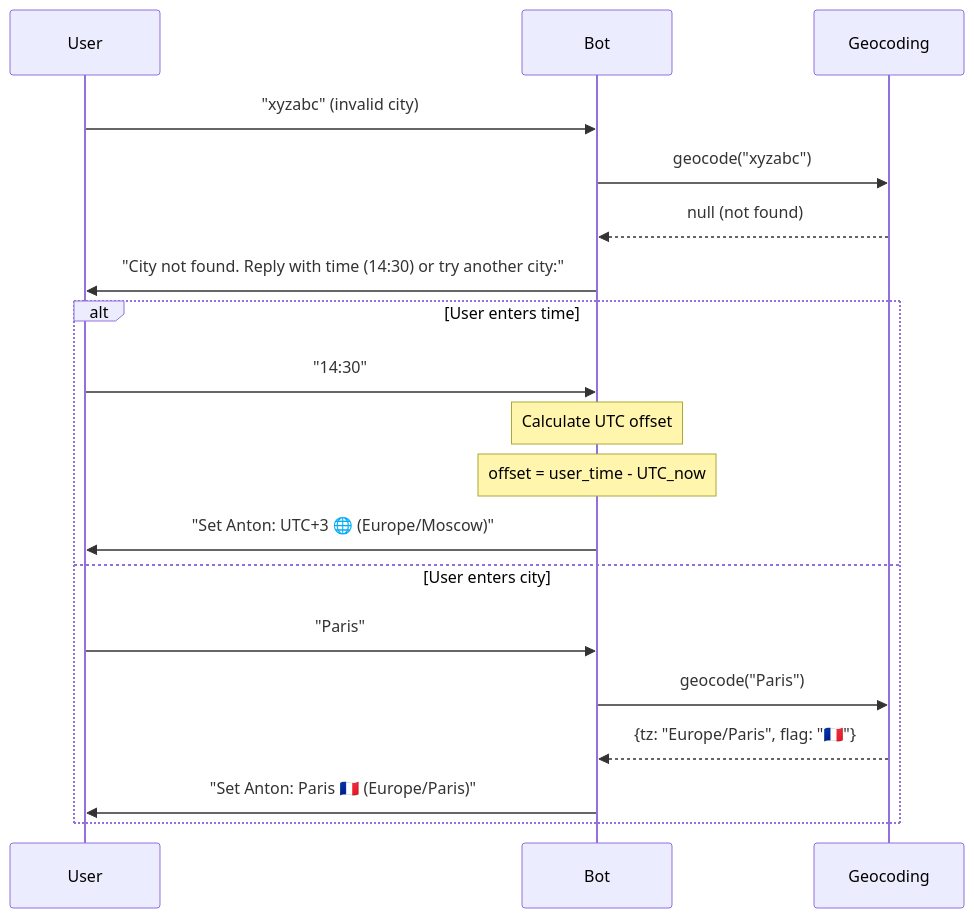
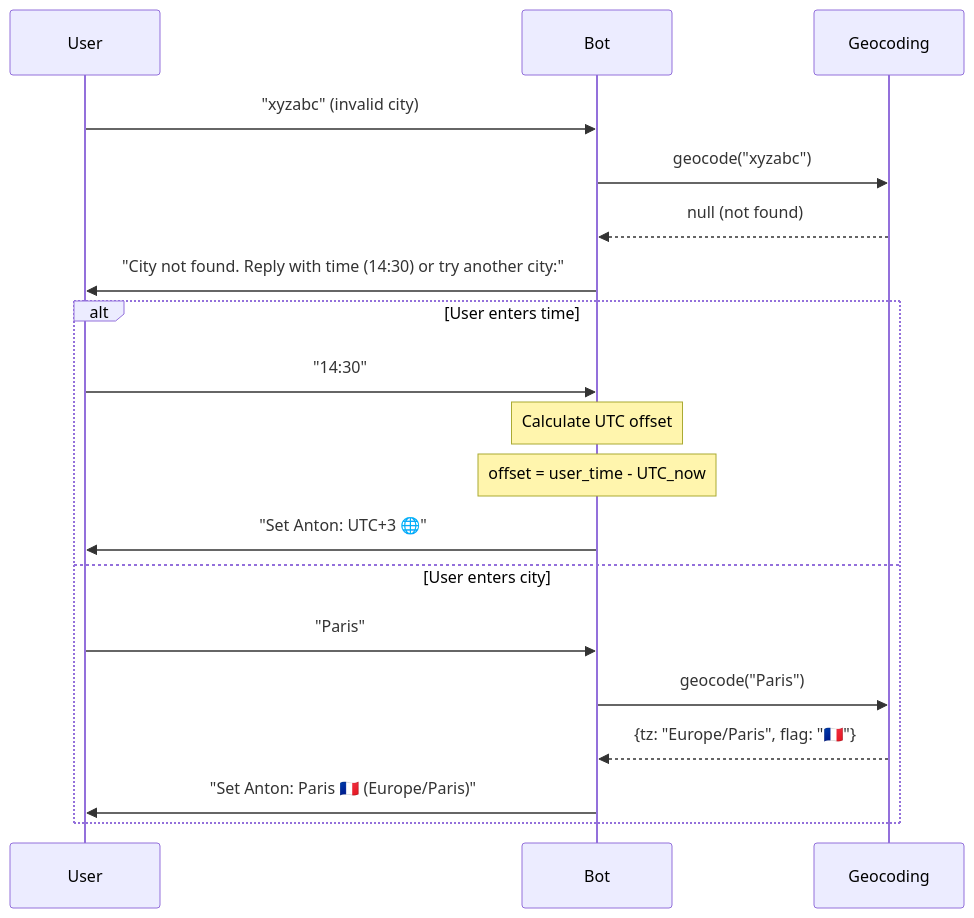
The third of 3 diagrams in journal/04_bot_logic.md (antlbn/Timezone_bot), drawn with Mermaid before and after one commit. The commit also changed other lines of this file and 12 other files, not shown here.

````diff
--- a/journal/04_bot_logic.md
+++ b/journal/04_bot_logic.md
@@ -129,23 +159,23 @@
 ```mermaid
 sequenceDiagram
     participant U as User
     participant B as Bot
     participant G as Geocoding
 
     U->>B: "xyzabc" (invalid city)
     B->>G: geocode("xyzabc")
     G-->>B: null (not found)
     B->>U: "City not found. Reply with time (14:30) or try another city:"
-    
+
     alt User enters time
         U->>B: "14:30"
         Note over B: Calculate UTC offset
         Note over B: offset = user_time - UTC_now
-        B->>U: "Set Anton: UTC+3 🌐 (Europe/Moscow)"
+        B->>U: "Set Anton: UTC+3 🌐"
     else User enters city
         U->>B: "Paris"
         B->>G: geocode("Paris")
         G-->>B: {tz: "Europe/Paris", flag: "🇫🇷"}
         B->>U: "Set Anton: Paris 🇫🇷 (Europe/Paris)"
     end
 ```
````
